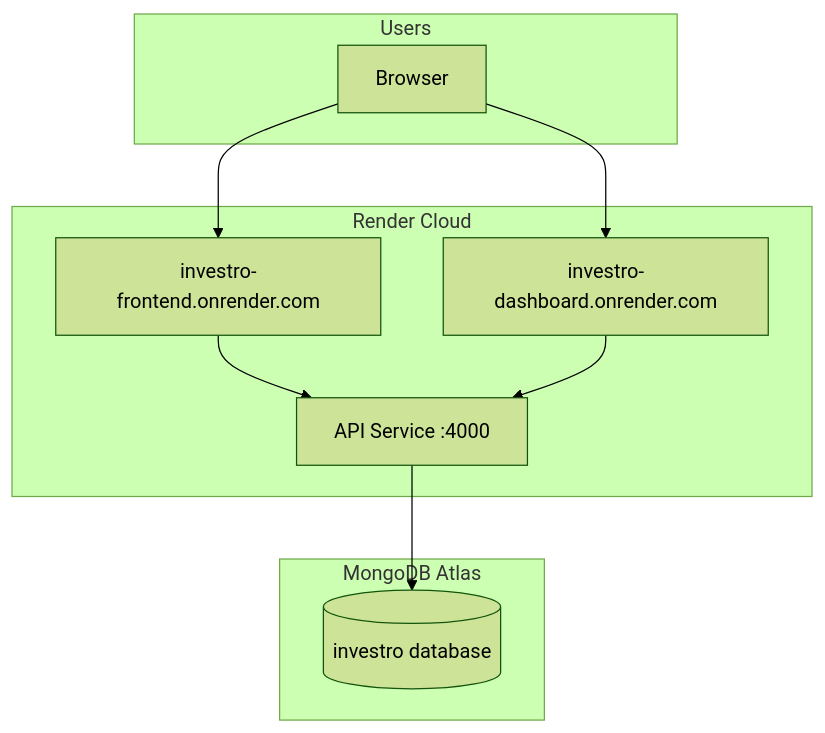
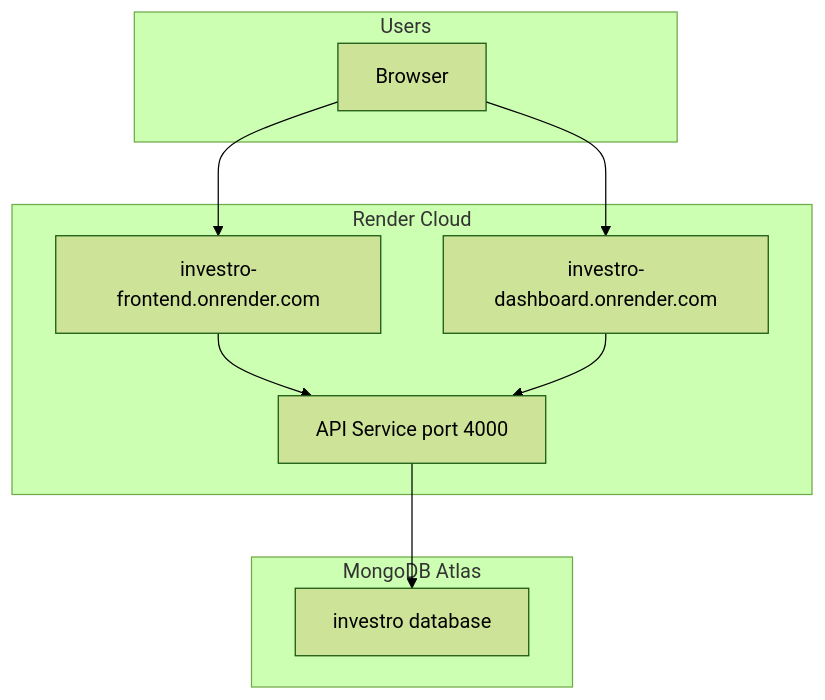
The fifth of 6 diagrams in README.md (rajayush6200/investro), drawn with Mermaid (forest theme) before and after one commit. The commit also changed other lines of this file, not shown here.

````diff
--- a/README.md
+++ b/README.md
@@ -370,22 +370,22 @@
 ```mermaid
 flowchart TB
-    subgraph Users
-        B[Browser]
+    subgraph Users["Users"]
+        B["Browser"]
     end
 
     subgraph Render["Render Cloud"]
-        RF[investro-frontend.onrender.com]
-        RD[investro-dashboard.onrender.com]
-        RB[API Service :4000]
+        RF["investro-frontend.onrender.com"]
+        RD["investro-dashboard.onrender.com"]
+        RB["API Service port 4000"]
     end
 
     subgraph Atlas["MongoDB Atlas"]
-        DB[(investro database)]
+        MDB["investro database"]
     end
 
     B --> RF
     B --> RD
     RF --> RB
     RD --> RB
-    RB --> DB
+    RB --> MDB
 ```
````
